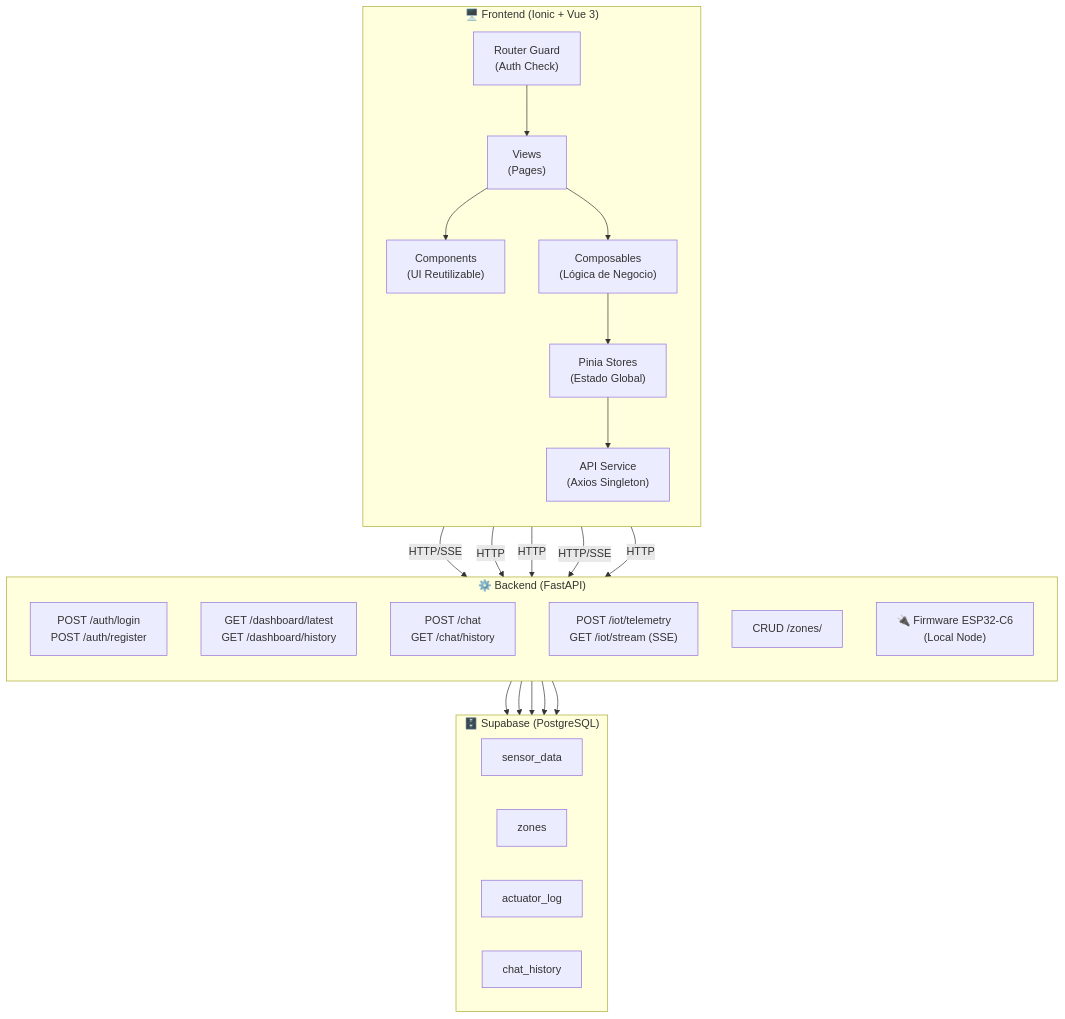
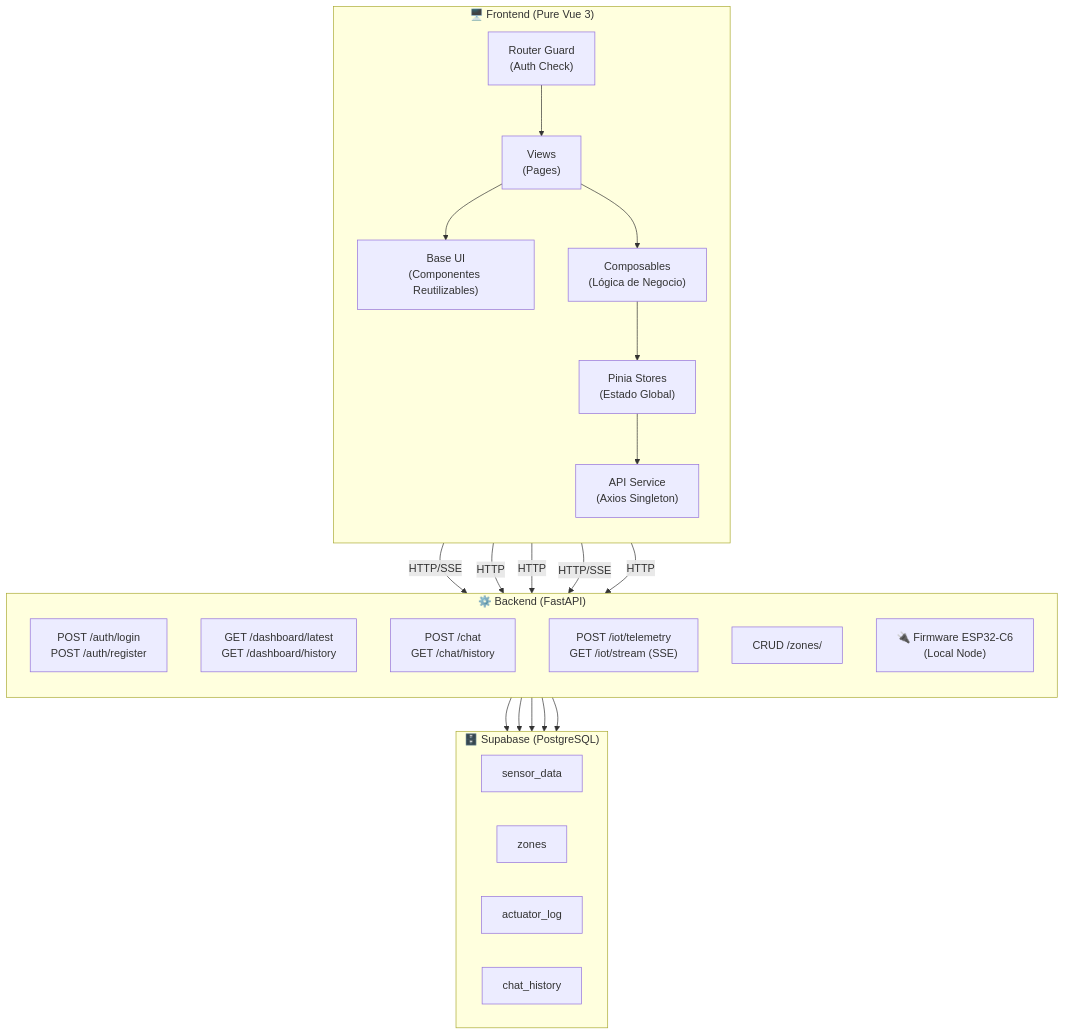
Before and after one commit to LNieto-V/agronexus-ui: the first of 5 diagrams in README.md, drawn with Mermaid. The commit also changed other lines of this file and 40 other files, not shown here.

Commit message:
chore(ui): complete migration to pure Vue 3, removing Ionic and Capacitor. Docs rewritten.

````diff
--- a/README.md
+++ b/README.md
@@ -13,45 +15,45 @@
 ```mermaid
 graph TB
-    subgraph Frontend["🖥️ Frontend (Ionic + Vue 3)"]
+    subgraph Frontend["🖥️ Frontend (Pure Vue 3)"]
         direction TB
         Router["Router Guard<br/>(Auth Check)"]
         Views["Views<br/>(Pages)"]
-        Components["Components<br/>(UI Reutilizable)"]
+        Components["Base UI<br/>(Componentes Reutilizables)"]
         Composables["Composables<br/>(Lógica de Negocio)"]
         Stores["Pinia Stores<br/>(Estado Global)"]
         Services["API Service<br/>(Axios Singleton)"]
     end
 
     subgraph Backend["⚙️ Backend (FastAPI)"]
         direction TB
         AuthAPI["POST /auth/login<br/>POST /auth/register"]
         DashAPI["GET /dashboard/latest<br/>GET /dashboard/history"]
         ChatAPI["POST /chat<br/>GET /chat/history"]
         IoTAPI["POST /iot/telemetry<br/>GET /iot/stream (SSE)"]
         ZonesAPI["CRUD /zones/"]
         Hardware["🔌 Firmware ESP32-C6<br/>(Local Node)"]
     end
 
     subgraph DB["🗄️ Supabase (PostgreSQL)"]
         SensorData["sensor_data"]
         Zones["zones"]
         ActuatorLog["actuator_log"]
         ChatHistory["chat_history"]
     end
 
     Router --> Views
     Views --> Components
     Views --> Composables
     Composables --> Stores
     Stores --> Services
     Services -->|HTTP/SSE| AuthAPI
     Services -->|HTTP| DashAPI
     Services -->|HTTP| ChatAPI
     Services -->|HTTP/SSE| IoTAPI
     Services -->|HTTP| ZonesAPI
     AuthAPI --> DB
     DashAPI --> DB
     ChatAPI --> DB
     IoTAPI --> DB
     ZonesAPI --> DB
 ```
````
